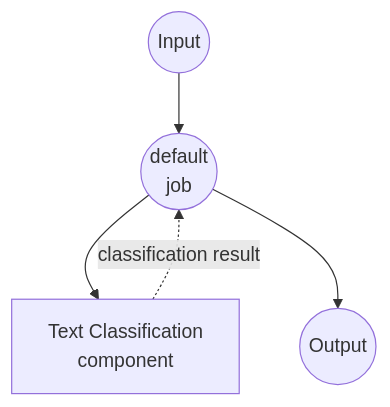
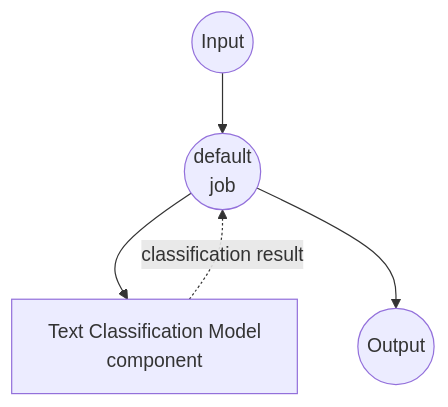
Before and after one commit to hanyeol/model-compose: the diagram in examples/model-tasks/text-classification/README.md, drawn with Mermaid. The commit also changed 21 other files, not shown here.

````diff
--- a/examples/model-tasks/text-classification/README.md
+++ b/examples/model-tasks/text-classification/README.md
@@ -109,16 +109,16 @@
 ```mermaid
 graph TD
     %% Default job (implicit)
     J1((default<br/>job))
 
     %% Component
-    C1[Text Classification<br/>component]
+    C1[Text Classification Model<br/>component]
 
     %% Job to component connections (solid: invokes, dotted: returns)
     J1 --> C1
     C1 -.-> |classification result| J1
 
     %% Input/Output
     Input((Input)) --> J1
     J1 --> Output((Output))
 ```
````
